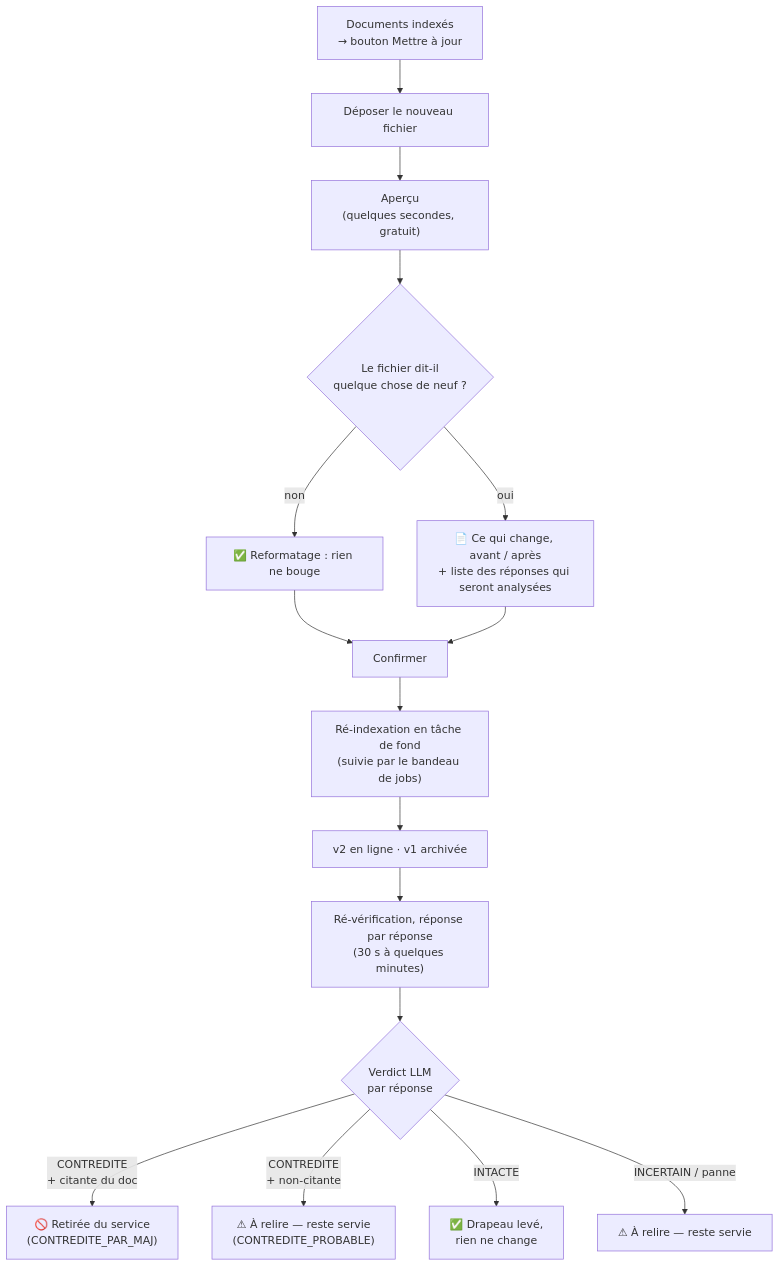
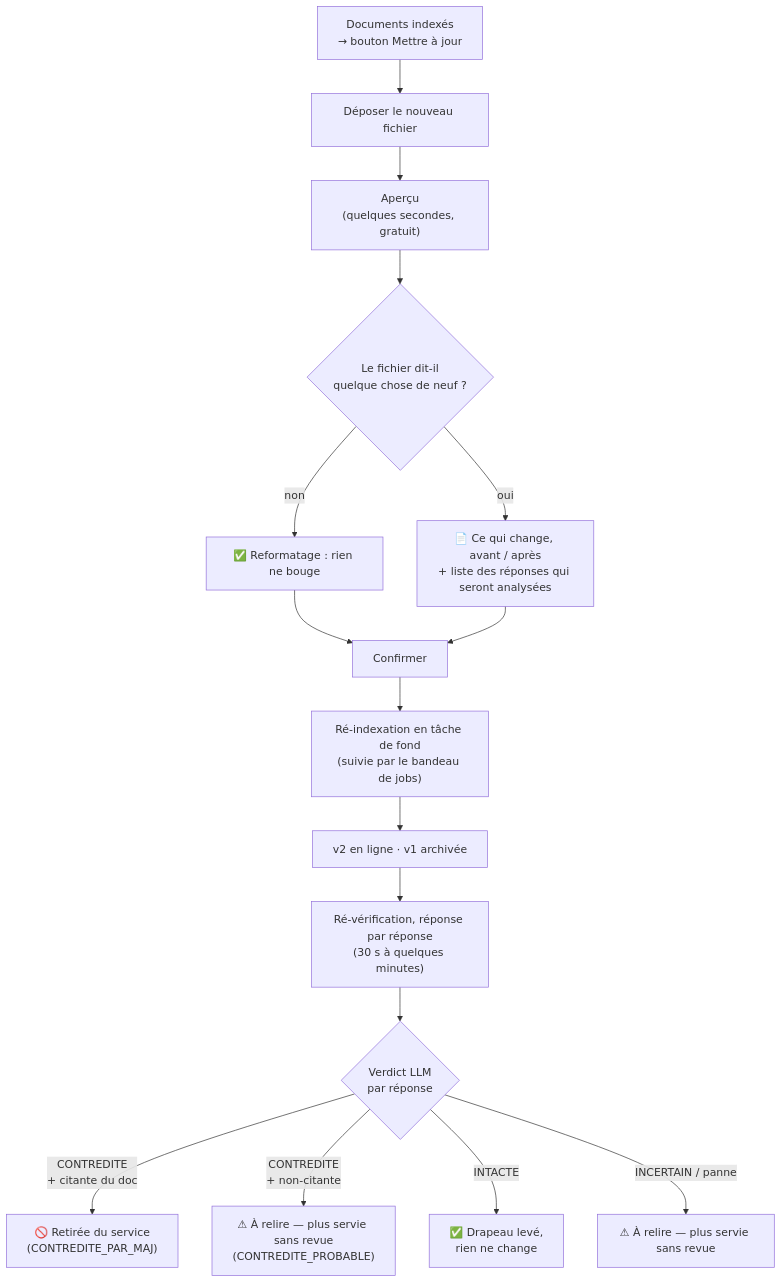
One commit to ThomasHWD/TicketAI changed the first of 4 diagrams in Docs/technique/mise-a-jour-documents.md. Above: the diagram before and after it, drawn with Mermaid. The commit also changed other lines of this file and 8 other files, not shown here.

````diff
--- a/Docs/technique/mise-a-jour-documents.md
+++ b/Docs/technique/mise-a-jour-documents.md
@@ -20,18 +32,18 @@
 ```mermaid
 flowchart TD
     A["Documents indexés<br/>→ bouton Mettre à jour"] --> B["Déposer le nouveau fichier"]
     B --> C["Aperçu<br/>(quelques secondes, gratuit)"]
     C --> D{"Le fichier dit-il<br/>quelque chose de neuf ?"}
     D -- non --> E["✅ Reformatage : rien ne bouge"]
     D -- oui --> F["📄 Ce qui change, avant / après<br/>+ liste des réponses qui seront analysées"]
     E --> G["Confirmer"]
     F --> G
     G --> H["Ré-indexation en tâche de fond<br/>(suivie par le bandeau de jobs)"]
     H --> I["v2 en ligne · v1 archivée"]
     I --> J["Ré-vérification, réponse par réponse<br/>(30 s à quelques minutes)"]
     J --> K{"Verdict LLM<br/>par réponse"}
     K -- "CONTREDITE<br/>+ citante du doc" --> L["🚫 Retirée du service<br/>(CONTREDITE_PAR_MAJ)"]
-    K -- "CONTREDITE<br/>+ non-citante" --> M["⚠ À relire — reste servie<br/>(CONTREDITE_PROBABLE)"]
+    K -- "CONTREDITE<br/>+ non-citante" --> M["⚠ À relire — plus servie sans revue<br/>(CONTREDITE_PROBABLE)"]
     K -- INTACTE --> N["✅ Drapeau levé,<br/>rien ne change"]
-    K -- "INCERTAIN / panne" --> O["⚠ À relire — reste servie"]
+    K -- "INCERTAIN / panne" --> O["⚠ À relire — plus servie sans revue"]
 ```
````
